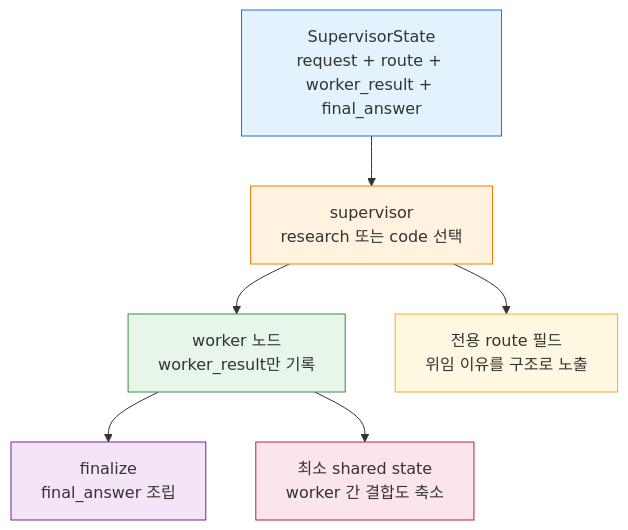
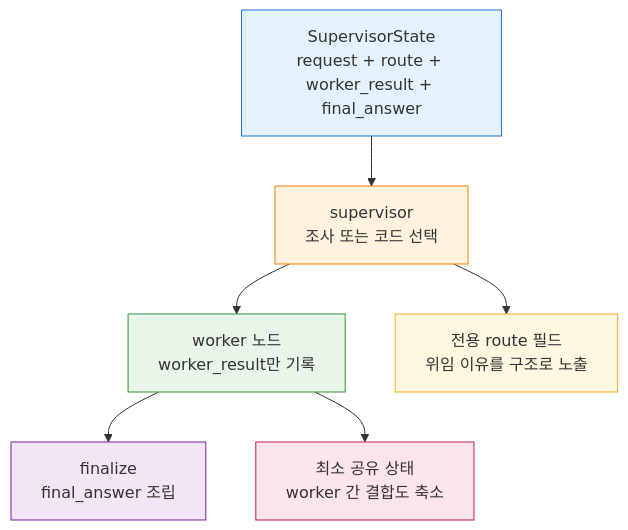
One commit to yeongseon-books/book-content changed the diagram in assets/langgraph-101/05/05-02-what-to-notice-in-this-code.ko.mmd. Above: the diagram before and after it, drawn with Mermaid. The commit also changed 12 other files, not shown here.

```diff
--- a/assets/langgraph-101/05/05-02-what-to-notice-in-this-code.ko.mmd
+++ b/assets/langgraph-101/05/05-02-what-to-notice-in-this-code.ko.mmd
@@ -1,14 +1,14 @@
 flowchart TD
-  A["SupervisorState<br/>request + route + worker_result + final_answer"] --> B["supervisor<br/>research 또는 code 선택"]
+  A["SupervisorState<br/>request + route + worker_result + final_answer"] --> B["supervisor<br/>조사 또는 코드 선택"]
   B --> C["worker 노드<br/>worker_result만 기록"]
   C --> D["finalize<br/>final_answer 조립"]
 
   B --> E["전용 route 필드<br/>위임 이유를 구조로 노출"]
-  C --> F["최소 shared state<br/>worker 간 결합도 축소"]
+  C --> F["최소 공유 상태<br/>worker 간 결합도 축소"]
 
   style A fill:#e3f2fd,stroke:#1976d2
   style B fill:#fff3e0,stroke:#f57c00
   style C fill:#e8f5e9,stroke:#388e3c
   style D fill:#f3e5f5,stroke:#7b1fa2
   style E fill:#fff8e1,stroke:#f9a825
   style F fill:#fce4ec,stroke:#c2185b
```
